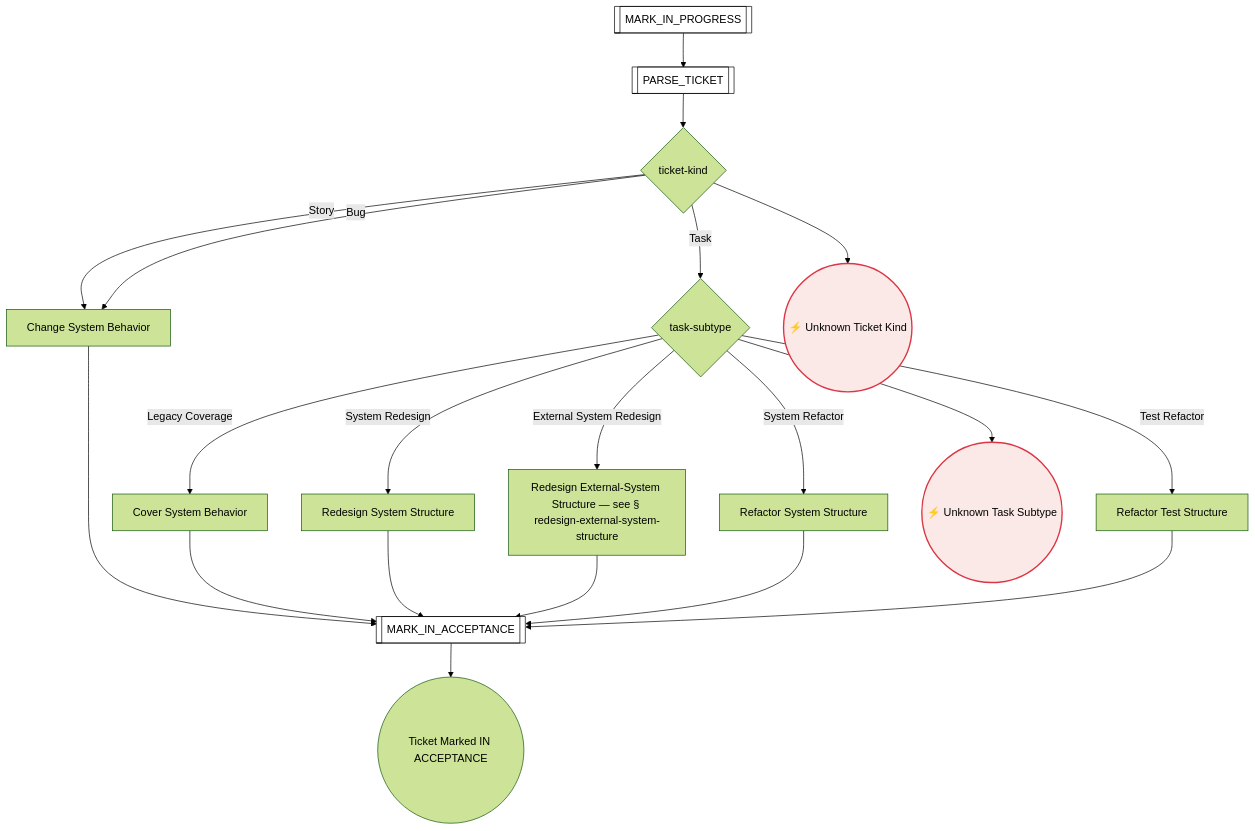
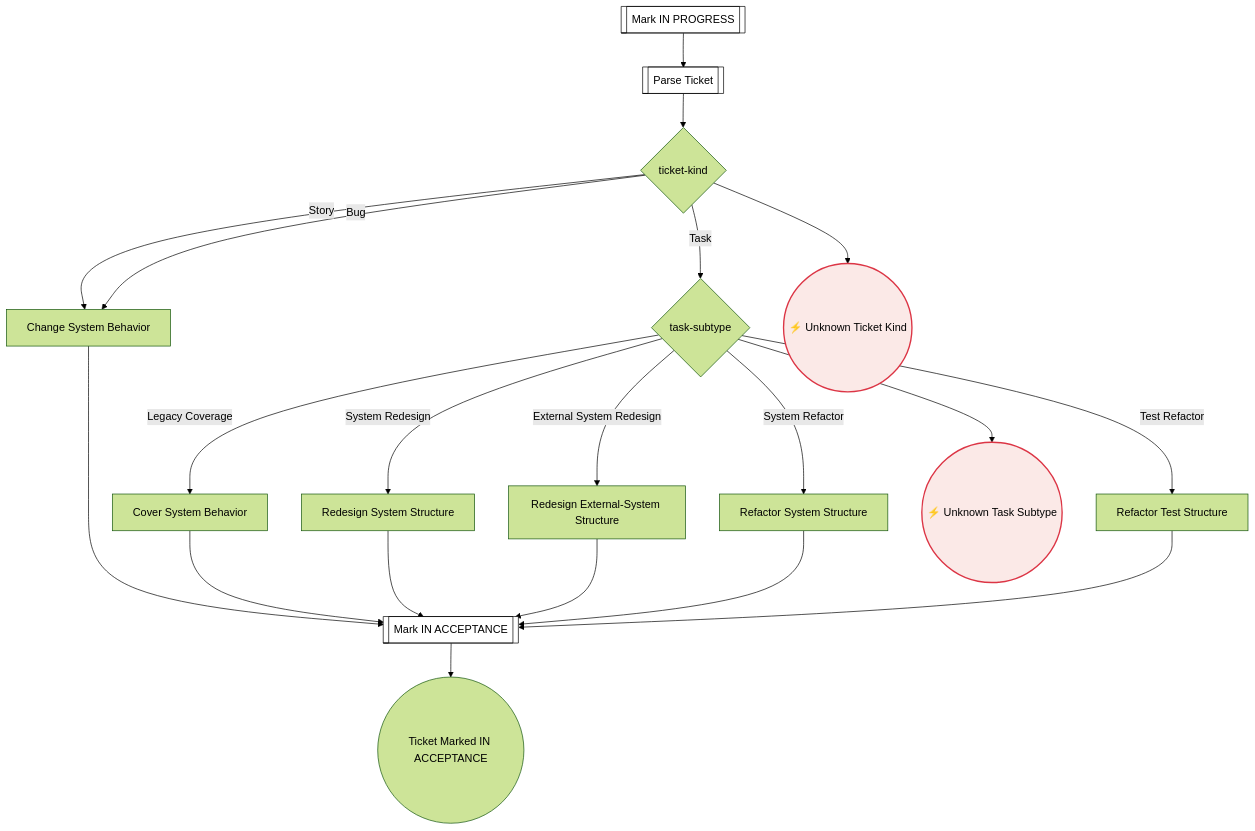
The fourth of 53 diagrams in docs/process-diagram.md (optivem/gh-optivem), drawn with Mermaid (forest theme) before and after one commit. The commit also changed other lines of this file and 7 other files, not shown here.

Commit message:
atdd: regenerate process-flow diagram

````diff
--- a/docs/process-diagram.md
+++ b/docs/process-diagram.md
@@ -95,43 +95,43 @@
 ```mermaid
 flowchart TD
     CHANGE_SYSTEM_BEHAVIOR[Change System Behavior]
     COVER_SYSTEM_BEHAVIOR[Cover System Behavior]
     GATE_TASK_SUBTYPE{task-subtype}
     GATE_TICKET_KIND{ticket-kind}
     IMPLEMENT_TICKET_END((Ticket Marked IN ACCEPTANCE))
-    MARK_IN_ACCEPTANCE[[MARK_IN_ACCEPTANCE]]
-    MARK_IN_PROGRESS[[MARK_IN_PROGRESS]]
-    PARSE_TICKET[[PARSE_TICKET]]
-    REDESIGN_EXTERNAL_SYSTEM_STRUCTURE[Redesign External-System Structure — see § redesign-external-system-structure]
+    MARK_IN_ACCEPTANCE[[Mark IN ACCEPTANCE]]
+    MARK_IN_PROGRESS[[Mark IN PROGRESS]]
+    PARSE_TICKET[[Parse Ticket]]
+    REDESIGN_EXTERNAL_SYSTEM_STRUCTURE[Redesign External-System Structure]
     REDESIGN_SYSTEM_STRUCTURE[Redesign System Structure]
     REFACTOR_SYSTEM_STRUCTURE[Refactor System Structure]
     REFACTOR_TEST_STRUCTURE[Refactor Test Structure]
     UNKNOWN_TASK_SUBTYPE((⚡ Unknown Task Subtype))
     UNKNOWN_TICKET_KIND((⚡ Unknown Ticket Kind))
 
     MARK_IN_PROGRESS --> PARSE_TICKET
     PARSE_TICKET --> GATE_TICKET_KIND
     GATE_TICKET_KIND -- Story --> CHANGE_SYSTEM_BEHAVIOR
     GATE_TICKET_KIND -- Bug --> CHANGE_SYSTEM_BEHAVIOR
     GATE_TICKET_KIND -- Task --> GATE_TASK_SUBTYPE
     GATE_TICKET_KIND --> UNKNOWN_TICKET_KIND
     GATE_TASK_SUBTYPE -- Legacy Coverage --> COVER_SYSTEM_BEHAVIOR
     GATE_TASK_SUBTYPE -- System Redesign --> REDESIGN_SYSTEM_STRUCTURE
     GATE_TASK_SUBTYPE -- External System Redesign --> REDESIGN_EXTERNAL_SYSTEM_STRUCTURE
     GATE_TASK_SUBTYPE -- System Refactor --> REFACTOR_SYSTEM_STRUCTURE
     GATE_TASK_SUBTYPE -- Test Refactor --> REFACTOR_TEST_STRUCTURE
     GATE_TASK_SUBTYPE --> UNKNOWN_TASK_SUBTYPE
     CHANGE_SYSTEM_BEHAVIOR --> MARK_IN_ACCEPTANCE
     COVER_SYSTEM_BEHAVIOR --> MARK_IN_ACCEPTANCE
     REDESIGN_SYSTEM_STRUCTURE --> MARK_IN_ACCEPTANCE
     REDESIGN_EXTERNAL_SYSTEM_STRUCTURE --> MARK_IN_ACCEPTANCE
     REFACTOR_SYSTEM_STRUCTURE --> MARK_IN_ACCEPTANCE
     REFACTOR_TEST_STRUCTURE --> MARK_IN_ACCEPTANCE
     MARK_IN_ACCEPTANCE --> IMPLEMENT_TICKET_END
 
     classDef serviceNode fill:#ffffff,stroke:#000000,stroke-width:1px,color:#000000
     class MARK_IN_ACCEPTANCE,MARK_IN_PROGRESS,PARSE_TICKET serviceNode
 
     classDef errorEndNode fill:#fbe9e7,stroke:#dc3545,stroke-width:2px,color:#000000
     class UNKNOWN_TASK_SUBTYPE,UNKNOWN_TICKET_KIND errorEndNode
 ```
````
